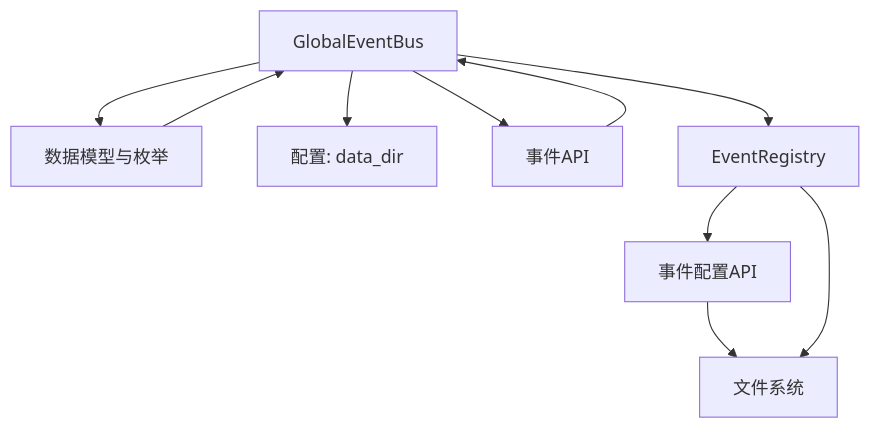
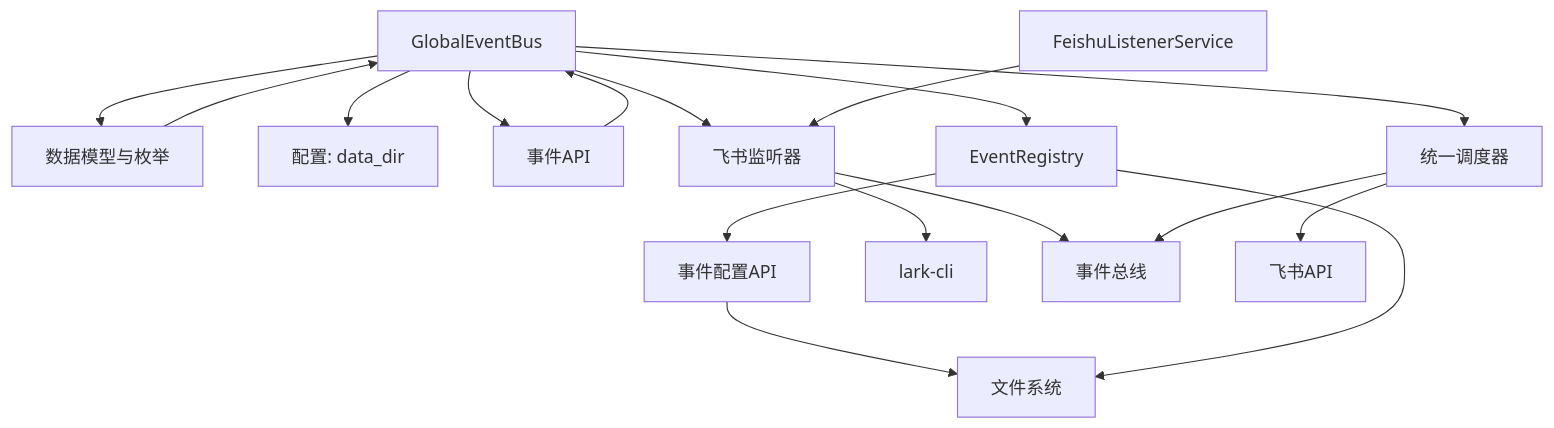
One commit to angledick/- changed diagram 12 of 12 in .qoder/repowiki/zh/content/系统架构/事件驱动系统/事件总线核心.md. Above: the diagram before and after it, drawn with Mermaid. The commit also changed other lines of this file and 770 other files, not shown here.

````diff
--- a/.qoder/repowiki/zh/content/系统架构/事件驱动系统/事件总线核心.md
+++ b/.qoder/repowiki/zh/content/系统架构/事件驱动系统/事件总线核心.md
@@ -463,12 +689,19 @@
 ```mermaid
 graph TB
 EB["GlobalEventBus"] --> Schemas["数据模型与枚举"]
 EB --> Settings["配置: data_dir"]
 EB --> API["事件API"]
 EB --> Registry["EventRegistry"]
+EB --> FeishuListener["飞书监听器"]
+EB --> UnifiedDispatcher["统一调度器"]
 Registry --> ConfigAPI["事件配置API"]
 ConfigAPI --> FileSystem["文件系统"]
+FeishuListener --> LarkCLI["lark-cli"]
+FeishuListener --> Bus["事件总线"]
+FeishuListenerService --> FeishuListener
+UnifiedDispatcher --> Bus
+UnifiedDispatcher --> FeishuAPI["飞书API"]
 API --> EB
 Schemas --> EB
 Registry --> FileSystem
 ```
````
